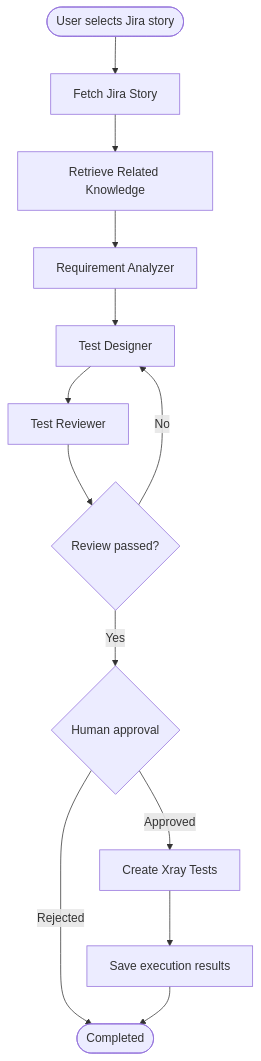
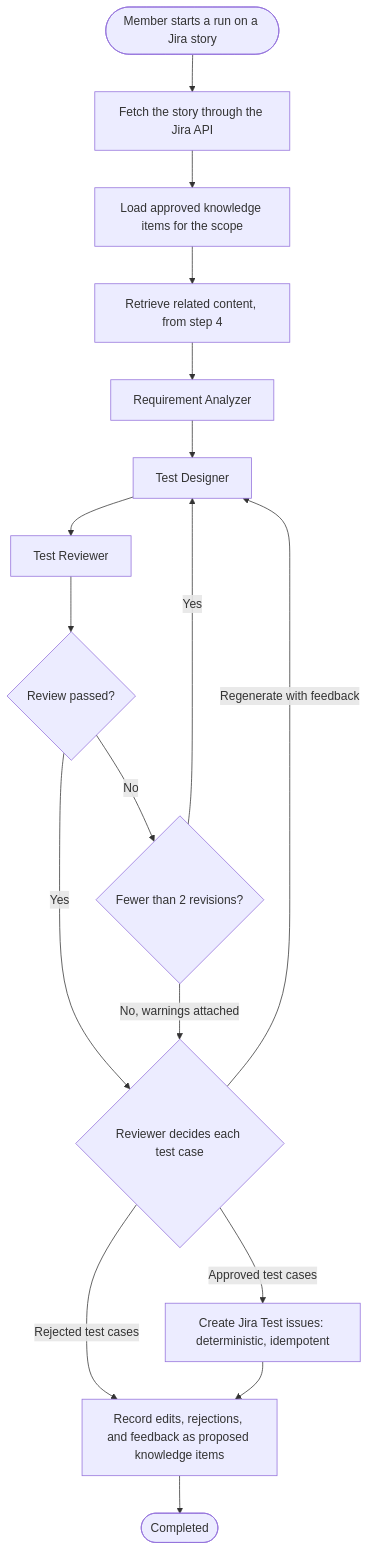
Before and after one commit to thuongdv/qualiforge-ai: the fourth of 4 diagrams in docs/architecture/ARCHITECTURE.md, drawn with Mermaid. The commit also changed other lines of this file and 5 other files, not shown here.

First line of the commit message:
Apply architecture decisions to ARCHITECTURE.md as v0.2.0

````diff
--- a/docs/architecture/ARCHITECTURE.md
+++ b/docs/architecture/ARCHITECTURE.md
@@ -531,27 +435,33 @@
 ```mermaid
 flowchart TD
-    START([User selects Jira story])
-    FETCH[Fetch Jira Story]
-    RETRIEVE[Retrieve Related Knowledge]
-    ANALYZE[Requirement Analyzer]
-    DESIGN[Test Designer]
-    REVIEW[Test Reviewer]
-    DECISION{Review passed?}
-    HUMAN{Human approval}
-    CREATE[Create Xray Tests]
-    SAVE[Save execution results]
-    DONE([Completed])
+    START(["Member starts a run on a Jira story"])
+    FETCH["Fetch the story through the Jira API"]
+    KNOW["Load approved knowledge items for the scope"]
+    RETRIEVE["Retrieve related content, from step 4"]
+    ANALYZE["Requirement Analyzer"]
+    DESIGN["Test Designer"]
+    REVIEW["Test Reviewer"]
+    PASSED{"Review passed?"}
+    CAP{"Fewer than 2 revisions?"}
+    HUMAN{"Reviewer decides each test case"}
+    CREATE["Create Jira Test issues: deterministic, idempotent"]
+    FEEDBACK["Record edits, rejections, and feedback as proposed knowledge items"]
+    DONE(["Completed"])
 
     START --> FETCH
-    FETCH --> RETRIEVE
+    FETCH --> KNOW
+    KNOW --> RETRIEVE
     RETRIEVE --> ANALYZE
     ANALYZE --> DESIGN
     DESIGN --> REVIEW
-    REVIEW --> DECISION
-    DECISION -->|No| DESIGN
-    DECISION -->|Yes| HUMAN
-    HUMAN -->|Rejected| DONE
-    HUMAN -->|Approved| CREATE
-    CREATE --> SAVE
-    SAVE --> DONE
+    REVIEW --> PASSED
+    PASSED -->|"Yes"| HUMAN
+    PASSED -->|"No"| CAP
+    CAP -->|"Yes"| DESIGN
+    CAP -->|"No, warnings attached"| HUMAN
+    HUMAN -->|"Regenerate with feedback"| DESIGN
+    HUMAN -->|"Approved test cases"| CREATE
+    HUMAN -->|"Rejected test cases"| FEEDBACK
+    CREATE --> FEEDBACK
+    FEEDBACK --> DONE
 ```
````
